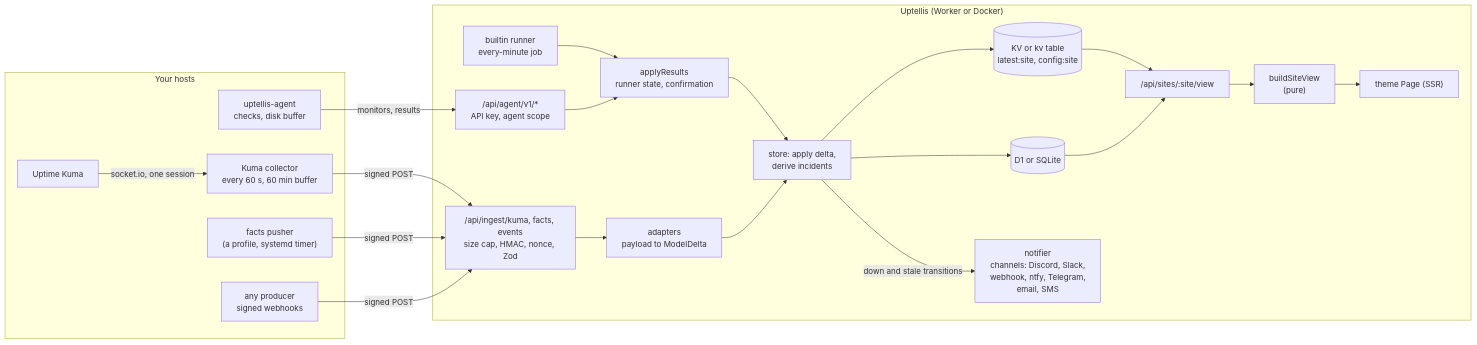
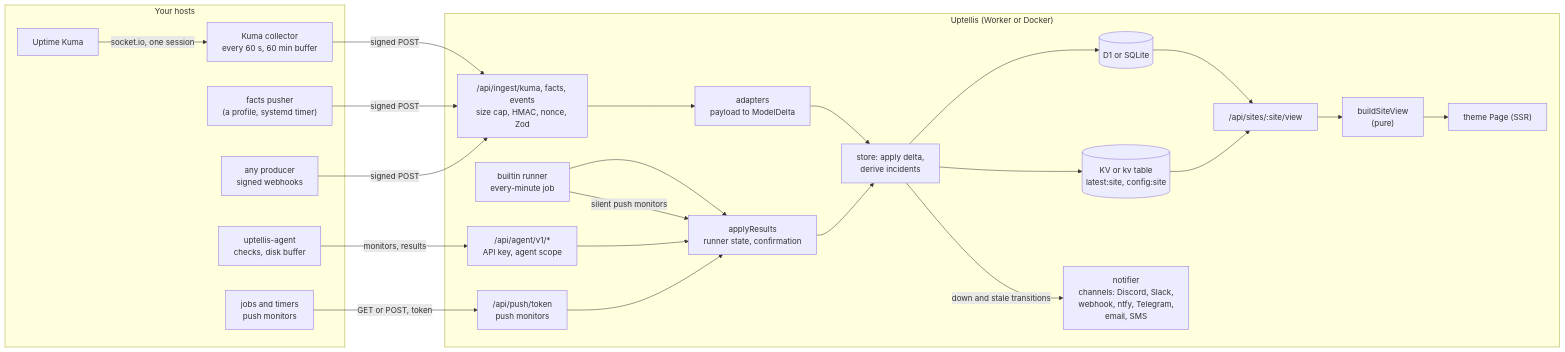
Before and after one commit to bts-io/uptellis: the second of 8 diagrams in docs/architecture.md, drawn with Mermaid. The commit also changed other lines of this file and 4 other files, not shown here.

Commit message:
docs: describe push monitors and the push rate limit

````diff
--- a/docs/architecture.md
+++ b/docs/architecture.md
@@ -48,39 +48,44 @@
 ```mermaid
 flowchart LR
   subgraph producers ["Your hosts"]
     kuma["Uptime Kuma"] -->|"socket.io, one session"| col["Kuma collector<br/>every 60 s, 60 min buffer"]
     push["facts pusher<br/>(a profile, systemd timer)"]
     hook["any producer<br/>signed webhooks"]
     agent["uptellis-agent<br/>checks, disk buffer"]
+    pjob["jobs and timers<br/>push monitors"]
   end
   subgraph worker ["Uptellis (Worker or Docker)"]
     ing["/api/ingest/kuma, facts, events<br/>size cap, HMAC, nonce, Zod"]
     probes["builtin runner<br/>every-minute job"]
     agentapi["/api/agent/v1/*<br/>API key, agent scope"]
+    pushapi["/api/push/token<br/>push monitors"]
     apply["applyResults<br/>runner state, confirmation"]
     adapt["adapters<br/>payload to ModelDelta"]
     store["store: apply delta,<br/>derive incidents"]
     d1[("D1 or SQLite")]
     kv[("KV or kv table<br/>latest:site, config:site")]
     build["buildSiteView<br/>(pure)"]
     read["/api/sites/:site/view"]
     page["theme Page (SSR)"]
     notify["notifier<br/>channels: Discord, Slack,<br/>webhook, ntfy, Telegram,<br/>email, SMS"]
   end
   col -->|"signed POST"| ing
   push -->|"signed POST"| ing
   hook -->|"signed POST"| ing
   agent -->|"monitors, results"| agentapi
+  pjob -->|"GET or POST, token"| pushapi
   ing --> adapt
   probes --> apply
   agentapi --> apply
+  pushapi --> apply
+  probes -->|"silent push monitors"| apply
   apply --> store
   adapt --> store
   store --> d1
   store --> kv
   store -->|"down and stale transitions"| notify
   kv --> read
   d1 --> read
   read --> build
   build --> page
 ```
````
